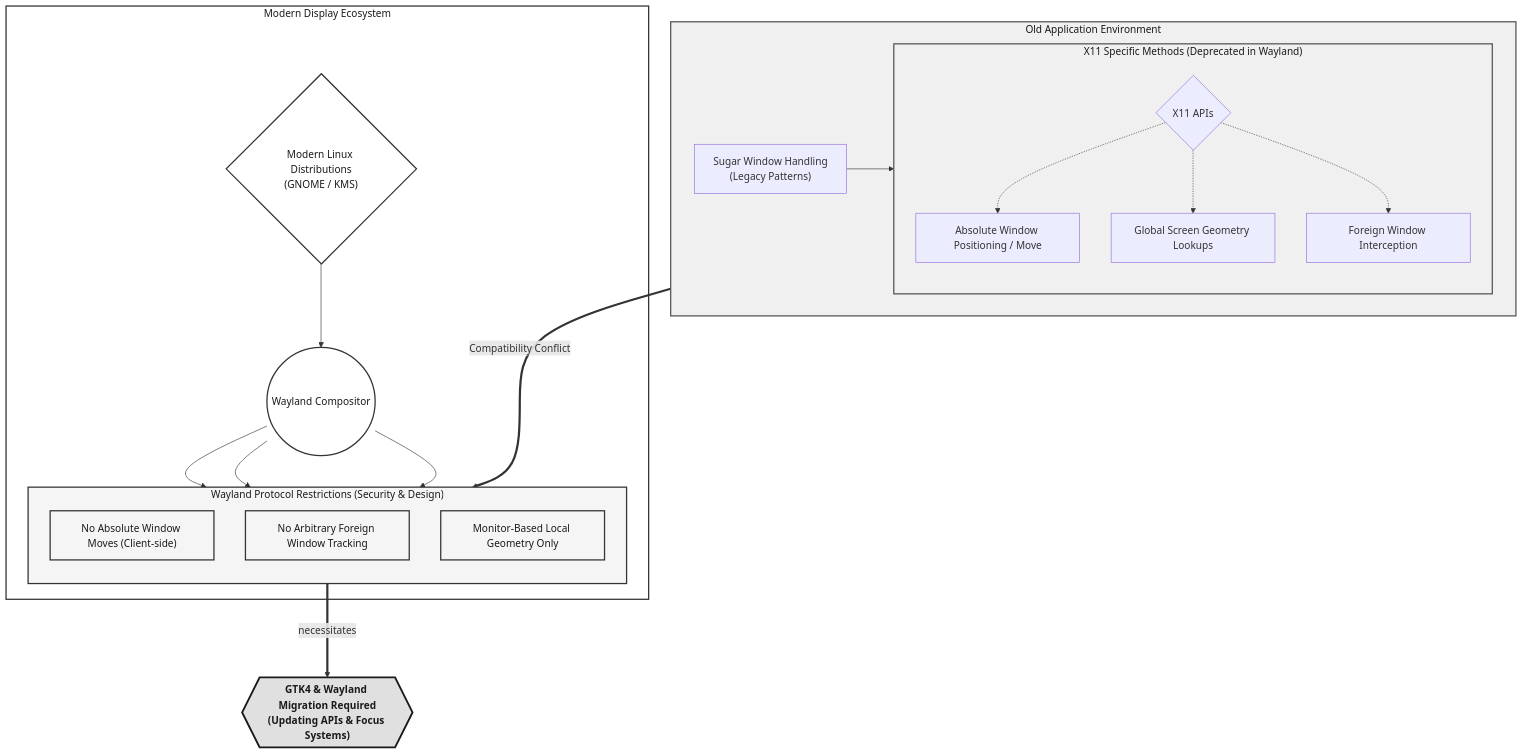
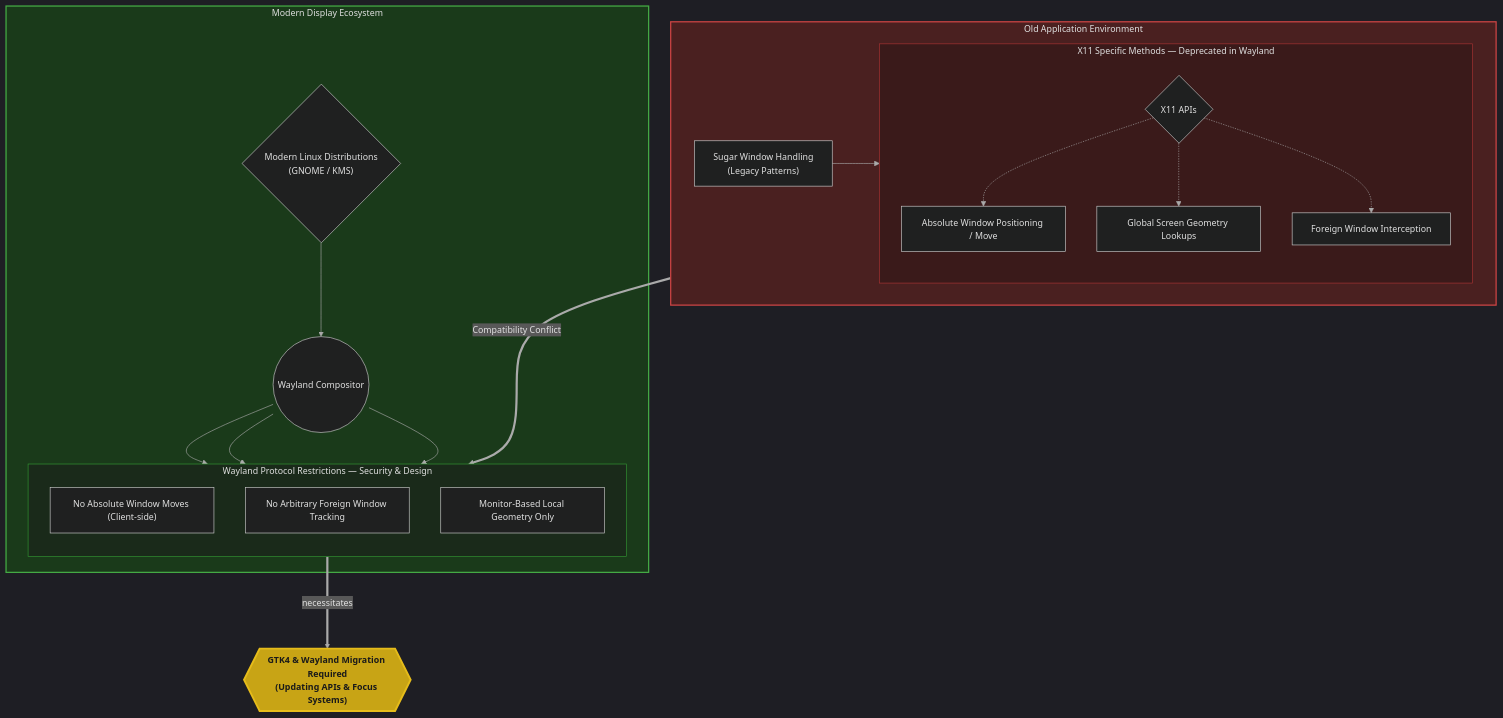
Before and after one commit to Dev10-sys/sugar-proposal-gtk: the ninth of 9 diagrams in proposal.md, drawn with Mermaid. The commit also changed other lines of this file, not shown here.

Commit message:
Dark theme diagrams: professional system architecture style with amber highlights

````diff
--- a/proposal.md
+++ b/proposal.md
@@ -672,56 +591,48 @@
 ```mermaid
+%%{init: {'theme': 'dark', 'themeVariables': {'primaryColor': '#2a2a2a', 'primaryBorderColor': '#888', 'lineColor': '#aaa', 'textColor': '#e0e0e0', 'fontSize': '14px'}}}%%
 flowchart TD
-    %% Current State
     subgraph LegacyEnv ["Old Application Environment"]
         OldSugar["Sugar Window Handling\n(Legacy Patterns)"]
 
-        subgraph X11Features ["X11 Specific Methods (Deprecated in Wayland)"]
+        subgraph X11Features ["X11 Specific Methods — Deprecated in Wayland"]
             direction TB
             X11Calls{"X11 APIs"}
             WindowMove["Absolute Window Positioning / Move"]
             ScreenSize["Global Screen Geometry Lookups"]
             ForeignWindows["Foreign Window Interception"]
         end
 
         OldSugar --> X11Calls
         X11Calls -.-> WindowMove
         X11Calls -.-> ScreenSize
         X11Calls -.-> ForeignWindows
     end
 
-    %% Target State
     subgraph ModernEnv ["Modern Display Ecosystem"]
         NewLinux{"Modern Linux Distributions\n(GNOME / KMS)"}
         Wayland(("Wayland Compositor"))
 
-        subgraph WaylandRestrictions ["Wayland Protocol Restrictions (Security & Design)"]
+        subgraph WaylandRestrictions ["Wayland Protocol Restrictions — Security & Design"]
             direction TB
             Restriction1["No Absolute Window Moves (Client-side)"]
             Restriction2["No Arbitrary Foreign Window Tracking"]
             Restriction3["Monitor-Based Local Geometry Only"]
         end
 
         NewLinux --> Wayland
         Wayland --> Restriction1
         Wayland --> Restriction2
         Wayland --> Restriction3
     end
 
-    %% The Clash
     LegacyEnv ===>|Compatibility Conflict| WaylandRestrictions
     WaylandRestrictions ===>|necessitates| Result
 
     Result{{"GTK4 & Wayland Migration Required\n(Updating APIs & Focus Systems)"}}
 
-    %% Styling
-    classDef legacy fill:#f0f0f0,stroke:#555,stroke-width:2px,color:#1a1a1a;
-    classDef conflict fill:#f5f5f5,stroke:#333,stroke-width:2px,color:#1a1a1a;
-    classDef modern fill:#fff,stroke:#333,stroke-width:2px,color:#1a1a1a;
-    classDef target fill:#e0e0e0,stroke:#1a1a1a,stroke-width:3px,color:#1a1a1a,font-weight:bold;
-
-    class LegacyEnv,X11Features legacy;
-    class WaylandRestrictions,Restriction1,Restriction2,Restriction3 conflict;
-    class ModernEnv,NewLinux,Wayland modern;
-    class Result target;
-
+    style LegacyEnv fill:#4a2020,stroke:#c44,stroke-width:2px,color:#e0e0e0
+    style X11Features fill:#3a1a1a,stroke:#a33,stroke-width:1px,color:#e0e0e0
+    style ModernEnv fill:#1a3a1a,stroke:#4a4,stroke-width:2px,color:#e0e0e0
+    style WaylandRestrictions fill:#1a2a1a,stroke:#393,stroke-width:1px,color:#e0e0e0
+    style Result fill:#c8a415,stroke:#e6bc1a,stroke-width:3px,color:#1a1a1a,font-weight:bold
 ```
````
